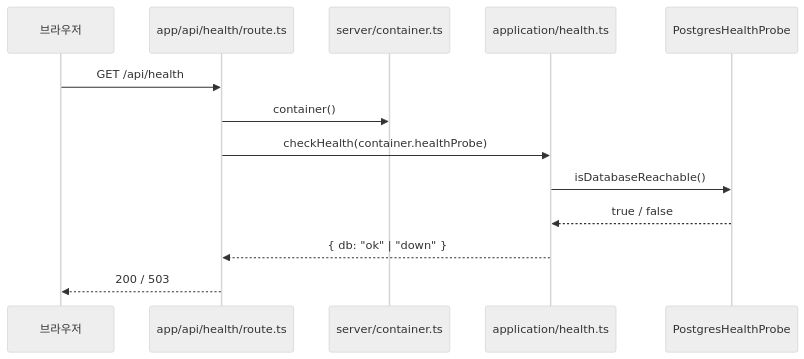
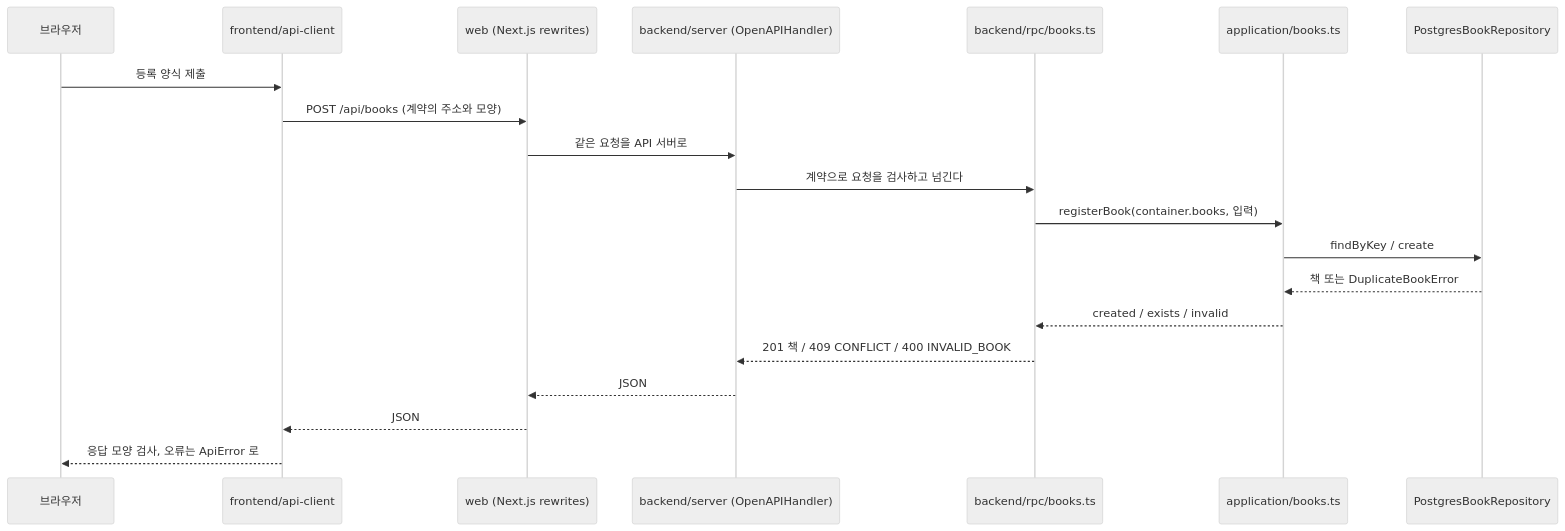
One commit to Changsik00/inkle changed the third of 5 diagrams in docs/architecture.md. Above: the diagram before and after it, drawn with Mermaid (neutral theme). The commit also changed other lines of this file and 149 other files, not shown here.

````diff
--- a/docs/architecture.md
+++ b/docs/architecture.md
@@ -76,15 +174,22 @@
 ```mermaid
 sequenceDiagram
     participant B as 브라우저
-    participant R as app/api/health/route.ts
-    participant C as server/container.ts
-    participant U as application/health.ts
-    participant P as PostgresHealthProbe
-    B->>R: GET /api/health
-    R->>C: container()
-    R->>U: checkHealth(container.healthProbe)
-    U->>P: isDatabaseReachable()
-    P-->>U: true / false
-    U-->>R: { db: "ok" | "down" }
-    R-->>B: 200 / 503
+    participant K as frontend/api-client
+    participant N as web (Next.js rewrites)
+    participant R as backend/server (OpenAPIHandler)
+    participant S as backend/rpc/books.ts
+    participant U as application/books.ts
+    participant P as PostgresBookRepository
+    B->>K: 등록 양식 제출
+    K->>N: POST /api/books (계약의 주소와 모양)
+    N->>R: 같은 요청을 API 서버로
+    R->>S: 계약으로 요청을 검사하고 넘긴다
+    S->>U: registerBook(container.books, 입력)
+    U->>P: findByKey / create
+    P-->>U: 책 또는 DuplicateBookError
+    U-->>S: created / exists / invalid
+    S-->>R: 201 책 / 409 CONFLICT / 400 INVALID_BOOK
+    R-->>N: JSON
+    N-->>K: JSON
+    K-->>B: 응답 모양 검사, 오류는 ApiError 로
 ```
````
